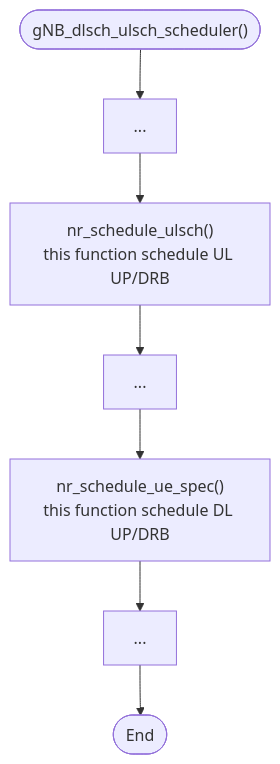
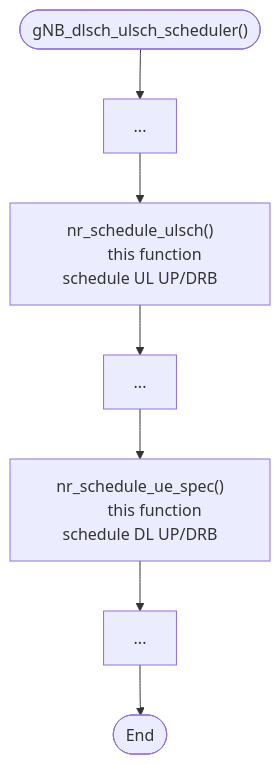
One commit to bmw-ece-ntust/guideline-template changed the diagram in studyNotes/20241108 Study Note (NEU ORANSlice MAC SCH details).md. Above: the diagram before and after it, drawn with Mermaid.

Commit message:
update note

````diff
--- a/studyNotes/20241108 Study Note (NEU ORANSlice MAC SCH details).md
+++ b/studyNotes/20241108 Study Note (NEU ORANSlice MAC SCH details).md
@@ -67,11 +67,13 @@
 ```mermaid
 flowchart TD
 	A(["gNB_dlsch_ulsch_scheduler()"])
 	G([End])
 	B[...]
-	C["nr_schedule_ulsch()\nthis function schedule UL UP/DRB"]
+	C["nr_schedule_ulsch()
+	this function schedule UL UP/DRB"]
 	D[...]
-	E["nr_schedule_ue_spec()\nthis function schedule DL UP/DRB"]
+	E["nr_schedule_ue_spec()
+	this function schedule DL UP/DRB"]
 	F[...]
 	A-->B-->C-->D-->E-->F-->G
 ```
````
